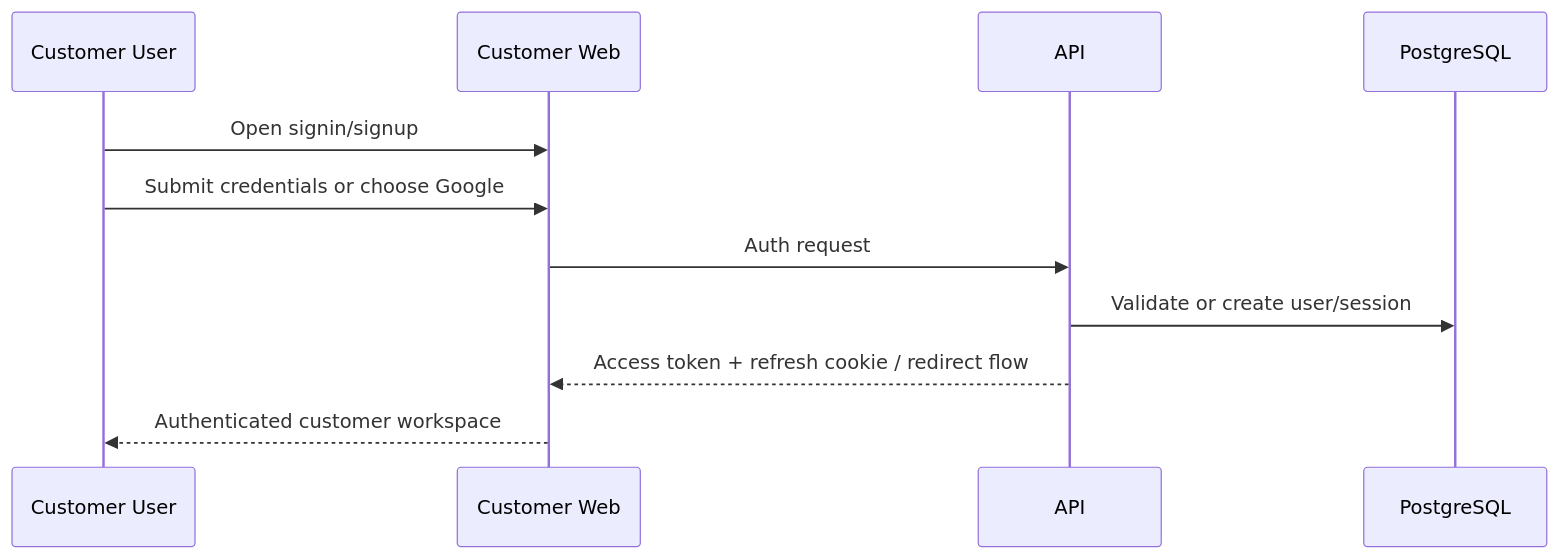
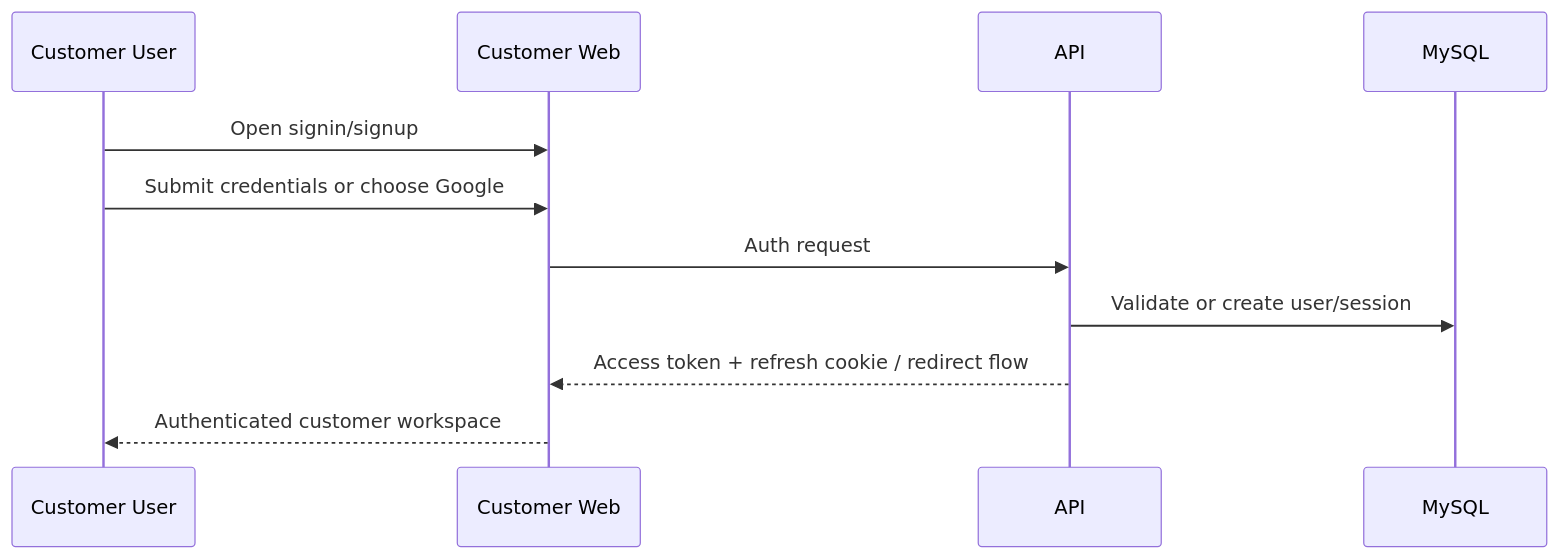
The first of 4 diagrams in docs/current-status/product-design/flowcharts-and-sequence-diagrams.md (fekrtech2025-droid/EliteMessage), drawn with Mermaid before and after one commit. The commit also changed other lines of this file and 54 other files, not shown here.

Commit message:
Migrate the platform from PostgreSQL to MySQL

````diff
--- a/docs/current-status/product-design/flowcharts-and-sequence-diagrams.md
+++ b/docs/current-status/product-design/flowcharts-and-sequence-diagrams.md
@@ -7,14 +7,14 @@
 ```mermaid
 sequenceDiagram
   participant U as Customer User
   participant CW as Customer Web
   participant API as API
-  participant DB as PostgreSQL
+  participant DB as MySQL
 
   U->>CW: Open signin/signup
   U->>CW: Submit credentials or choose Google
   CW->>API: Auth request
   API->>DB: Validate or create user/session
   API-->>CW: Access token + refresh cookie / redirect flow
   CW-->>U: Authenticated customer workspace
 ```
````
